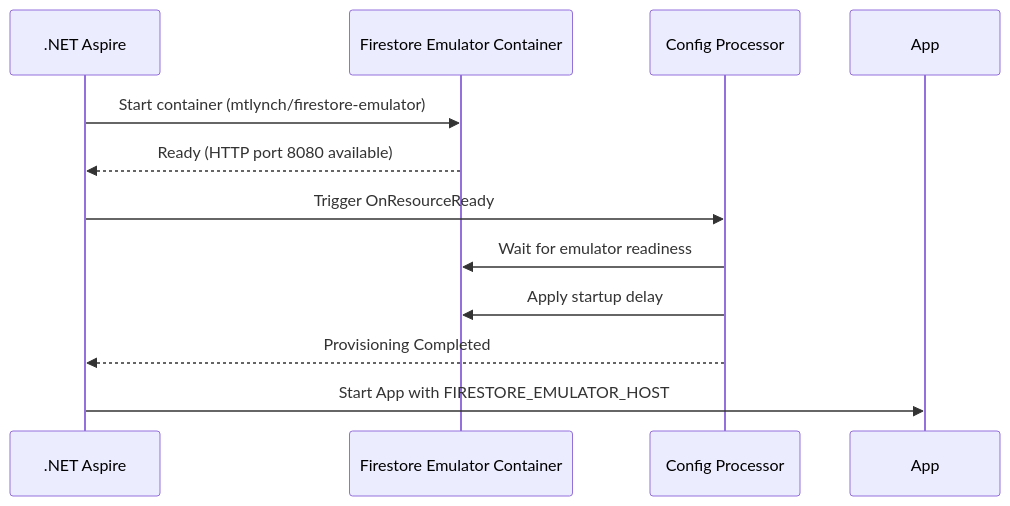
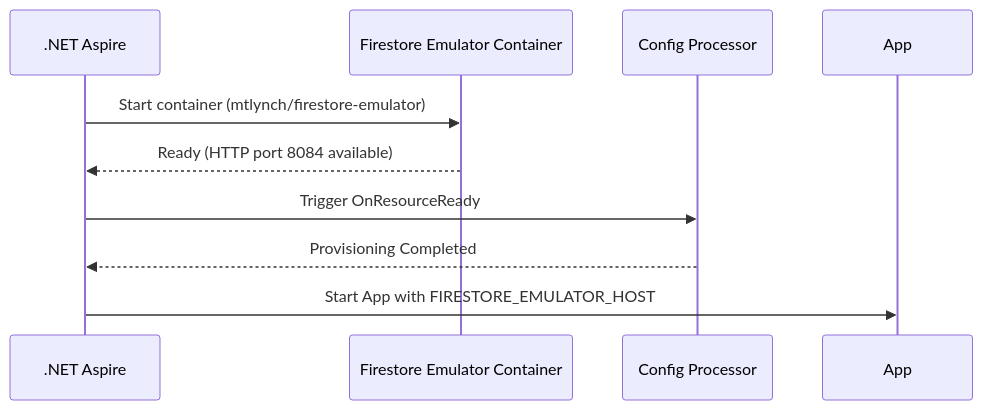
Before and after one commit to Marcus-V-Freitas/MVFC.Aspire.Helpers: the diagram in src/MVFC.Aspire.Helpers.GcpFirestore/README.md, drawn with Mermaid. The commit also changed other lines of this file and 10 other files, not shown here.

Commit message:
refactor(firestore): simplify emulator config by removing manual startup delay

````diff
--- a/src/MVFC.Aspire.Helpers.GcpFirestore/README.md
+++ b/src/MVFC.Aspire.Helpers.GcpFirestore/README.md
@@ -109,14 +107,12 @@
 ```mermaid
 sequenceDiagram
     participant Aspire as .NET Aspire
     participant Container as Firestore Emulator Container
     participant Configurator as Config Processor
     
     Aspire->>Container: Start container (mtlynch/firestore-emulator)
-    Container-->>Aspire: Ready (HTTP port 8080 available)
+    Container-->>Aspire: Ready (HTTP port 8084 available)
     Aspire->>Configurator: Trigger OnResourceReady
-    Configurator->>Container: Wait for emulator readiness
-    Configurator->>Container: Apply startup delay
     Configurator-->>Aspire: Provisioning Completed
     Aspire->>App: Start App with FIRESTORE_EMULATOR_HOST
 ```
````
